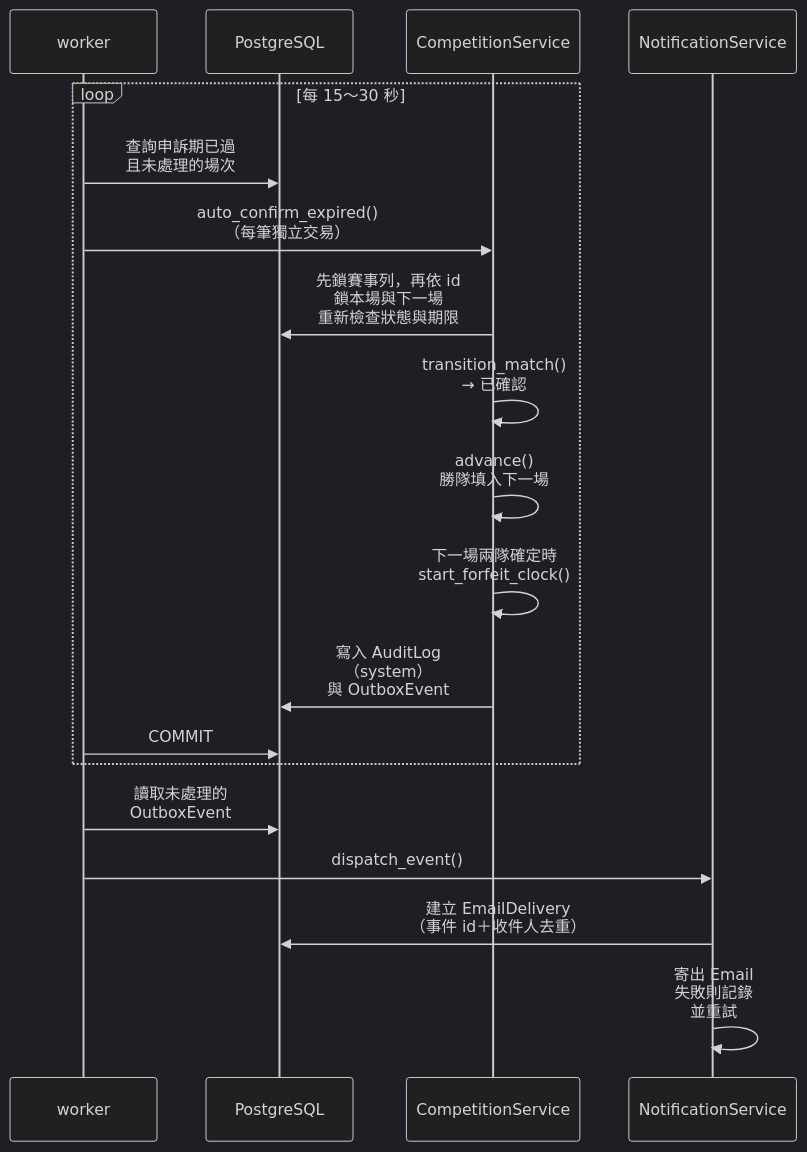
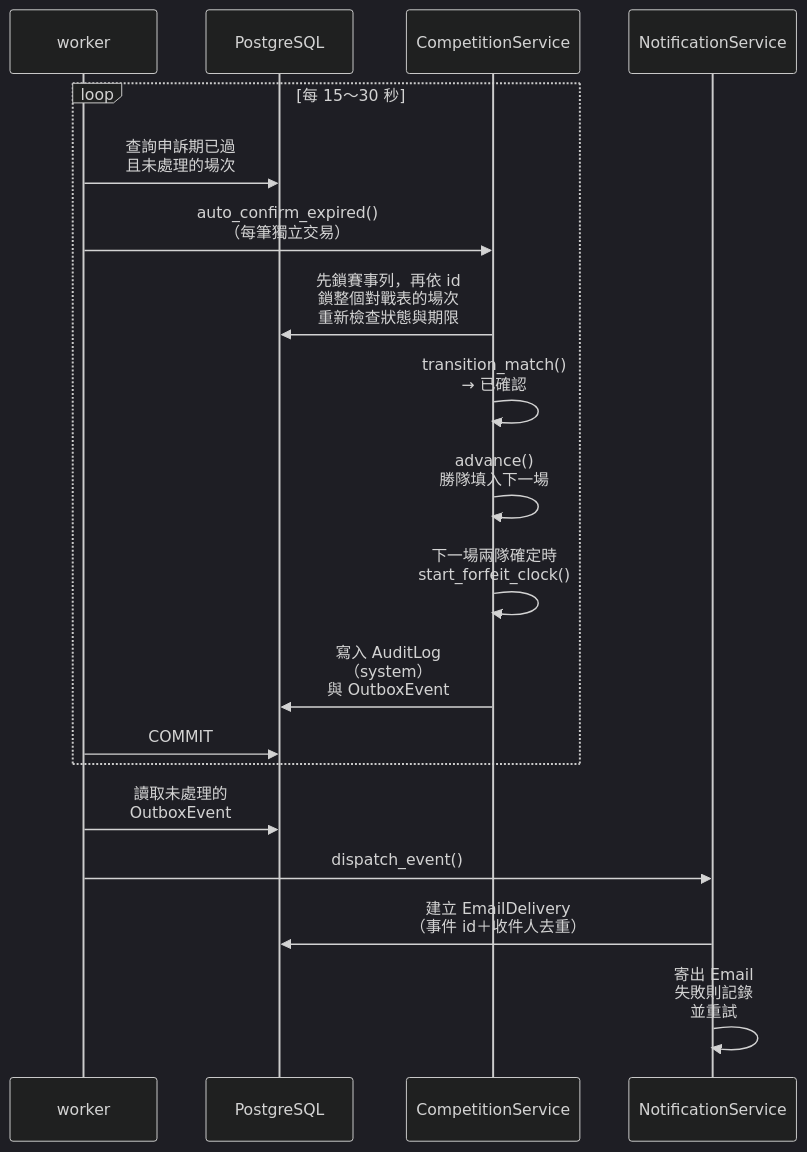
Before and after one commit to Team14good/esport-platform: the fifth of 6 diagrams in docs/midterm/C-軟體設計文件.md, drawn with Mermaid (dark theme). The commit also changed other lines of this file and 12 other files, not shown here.

````diff
--- a/docs/midterm/C-軟體設計文件.md
+++ b/docs/midterm/C-軟體設計文件.md
@@ -252,21 +254,21 @@
 ```mermaid
 sequenceDiagram
   participant W as worker
   participant DB as PostgreSQL
   participant C as CompetitionService
   participant N as NotificationService
   loop 每 15～30 秒
     W->>DB: 查詢申訴期已過<br/>且未處理的場次
     W->>C: auto_confirm_expired()<br/>（每筆獨立交易）
-    C->>DB: 先鎖賽事列，再依 id<br/>鎖本場與下一場<br/>重新檢查狀態與期限
+    C->>DB: 先鎖賽事列，再依 id<br/>鎖整個對戰表的場次<br/>重新檢查狀態與期限
     C->>C: transition_match()<br/>→ 已確認
     C->>C: advance()<br/>勝隊填入下一場
     C->>C: 下一場兩隊確定時<br/>start_forfeit_clock()
     C->>DB: 寫入 AuditLog<br/>（system）<br/>與 OutboxEvent
     W->>DB: COMMIT
   end
   W->>DB: 讀取未處理的<br/>OutboxEvent
   W->>N: dispatch_event()
   N->>DB: 建立 EmailDelivery<br/>（事件 id＋收件人去重）
   N->>N: 寄出 Email<br/>失敗則記錄<br/>並重試
 ```
````
